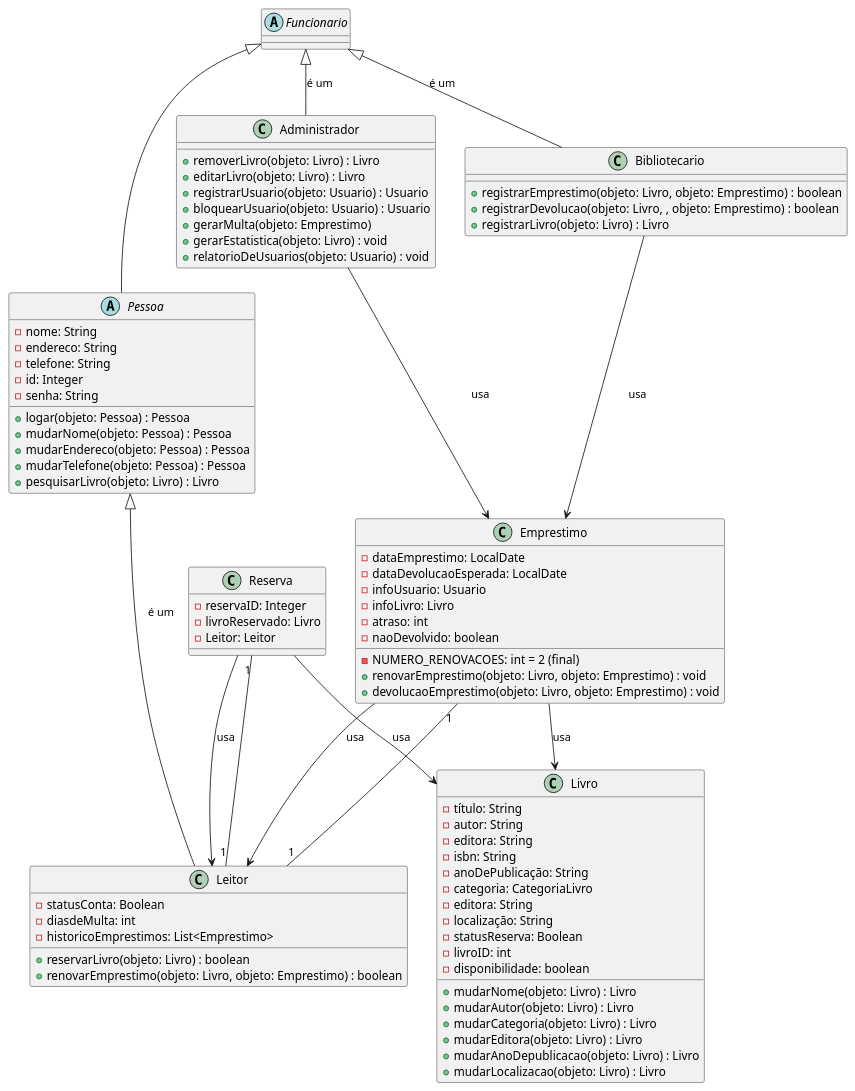
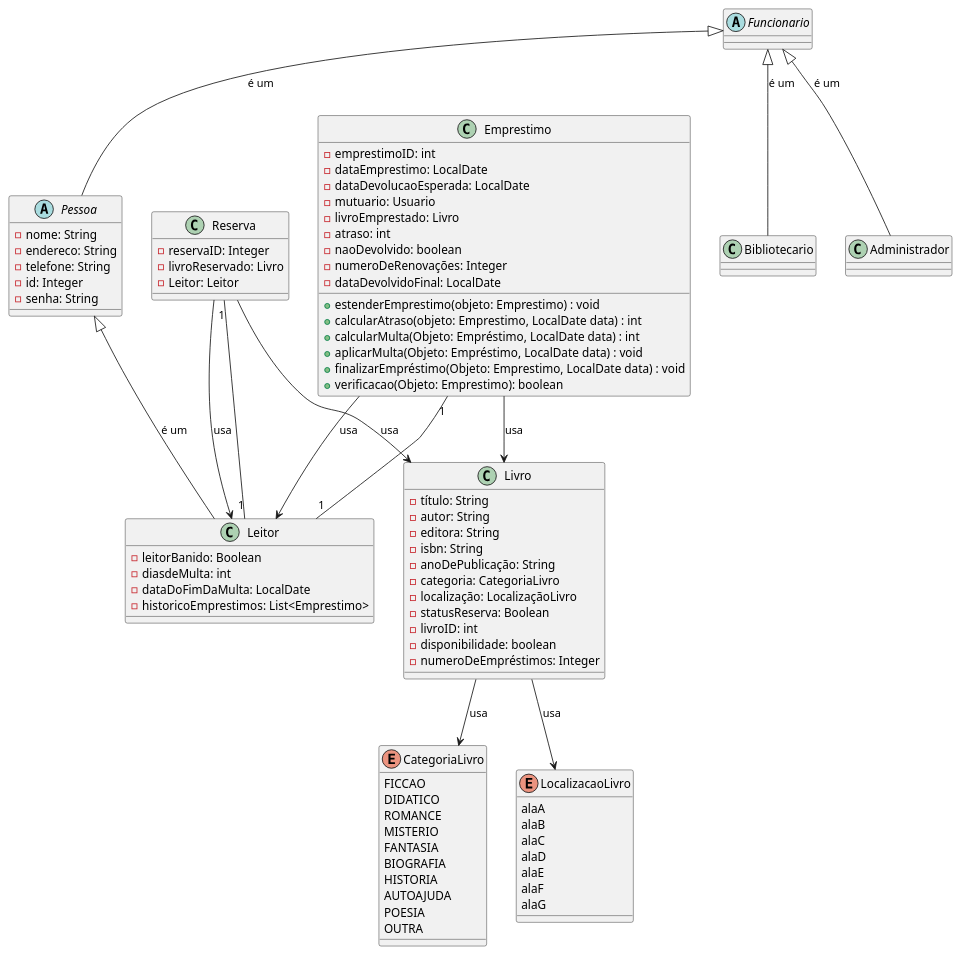
The diagram in docs/Diagrama_classe.puml (felipe-py/Gerenciador-de-Bibliotecas), drawn with PlantUML before and after one commit. The commit also changed 1 other file, not shown here.

Commit message:
:books: Doc: Atualização do diagrama de classes

```diff
--- a/docs/Diagrama_classe.puml
+++ b/docs/Diagrama_classe.puml
@@ -1,97 +1,107 @@
 @startuml PBL_JAVA
 
 abstract class Pessoa{
     -nome: String
     -endereco: String
     -telefone: String
     -id: Integer
     -senha: String
-    +logar(objeto: Pessoa) : Pessoa
-    +mudarNome(objeto: Pessoa) : Pessoa
-    +mudarEndereco(objeto: Pessoa) : Pessoa
-    +mudarTelefone(objeto: Pessoa) : Pessoa
-    +pesquisarLivro(objeto: Livro) : Livro
 }
 
 class Leitor {
-    -statusConta: Boolean
+    -leitorBanido: Boolean
     -diasdeMulta: int
+    -dataDoFimDaMulta: LocalDate
     -historicoEmprestimos: List<Emprestimo>
-    +reservarLivro(objeto: Livro) : boolean
-    +renovarEmprestimo(objeto: Livro, objeto: Emprestimo) : boolean
 }
 
 class Bibliotecario{
-    +registrarEmprestimo(objeto: Livro, objeto: Emprestimo) : boolean
-    +registrarDevolucao(objeto: Livro, , objeto: Emprestimo) : boolean
-    +registrarLivro(objeto: Livro) : Livro
+
 }
 
 class Administrador{
-    +removerLivro(objeto: Livro) : Livro
-    +editarLivro(objeto: Livro) : Livro
-    +registrarUsuario(objeto: Usuario) : Usuario
-    +bloquearUsuario(objeto: Usuario) : Usuario
-    +gerarMulta(objeto: Emprestimo)
-    +gerarEstatistica(objeto: Livro) : void
-    +relatorioDeUsuarios(objeto: Usuario) : void
+
 }
 
 abstract class Funcionario{
 
 }
 
 class Livro{
     -título: String
     -autor: String
     -editora: String
     -isbn: String
     -anoDePublicação: String
     -categoria: CategoriaLivro
-    -editora: String
-    -localização: String
+    -localização: LocalizaçãoLivro
     -statusReserva: Boolean
     -livroID: int
     -disponibilidade: boolean
-    +mudarNome(objeto: Livro) : Livro
-    +mudarAutor(objeto: Livro) : Livro
-    +mudarCategoria(objeto: Livro) : Livro
-    +mudarEditora(objeto: Livro) : Livro
-    +mudarAnoDepublicacao(objeto: Livro) : Livro
-    +mudarLocalizacao(objeto: Livro) : Livro
+    -numeroDeEmpréstimos: Integer
 }
 
 class Emprestimo{
+    -emprestimoID: int
     -dataEmprestimo: LocalDate
     -dataDevolucaoEsperada: LocalDate
-    -infoUsuario: Usuario
-    -infoLivro: Livro
+    -mutuario: Usuario
+    -livroEmprestado: Livro
     -atraso: int
     -naoDevolvido: boolean
-    -NUMERO_RENOVACOES: int = 2 (final)
-    +renovarEmprestimo(objeto: Livro, objeto: Emprestimo) : void
-    +devolucaoEmprestimo(objeto: Livro, objeto: Emprestimo) : void
+    -numeroDeRenovações: Integer
+    -dataDevolvidoFinal: LocalDate
+    +estenderEmprestimo(objeto: Emprestimo) : void
+    +calcularAtraso(objeto: Emprestimo, LocalDate data) : int
+    +calcularMulta(Objeto: Empréstimo, LocalDate data) : int
+    +aplicarMulta(Objeto: Empréstimo, LocalDate data) : void
+    +finalizarEmpréstimo(Objeto: Emprestimo, LocalDate data) : void
+    +verificacao(Objeto: Emprestimo): boolean
 }
 
 class Reserva{
     -reservaID: Integer
     -livroReservado: Livro
     -Leitor: Leitor
 }
 
+enum CategoriaLivro{
+    FICCAO
+    DIDATICO
+    ROMANCE
+    MISTERIO
+    FANTASIA
+    BIOGRAFIA
+    HISTORIA
+    AUTOAJUDA
+    POESIA
+    OUTRA
+}
+
+enum LocalizacaoLivro{
+    alaA
+    alaB
+    alaC
+    alaD
+    alaE
+    alaF
+    alaG
+}
+
 Emprestimo --> Livro : usa
 Emprestimo --> Leitor : usa
+
 Reserva --> Livro : usa
 Reserva --> Leitor : usa
-Administrador --> Emprestimo : usa
-Bibliotecario --> Emprestimo : usa
+Livro --> CategoriaLivro : usa
+Livro --> LocalizacaoLivro : usa
 
 Emprestimo "1"--"1" Leitor
 Reserva "1"--"1" Leitor
 
 Funcionario <|-- Bibliotecario : é um
 Funcionario <|-- Administrador : é um
-Funcionario <|-- Pessoa
+Funcionario <|-- Pessoa : é um
 Pessoa <|-- Leitor : é um
 
 @enduml
```
